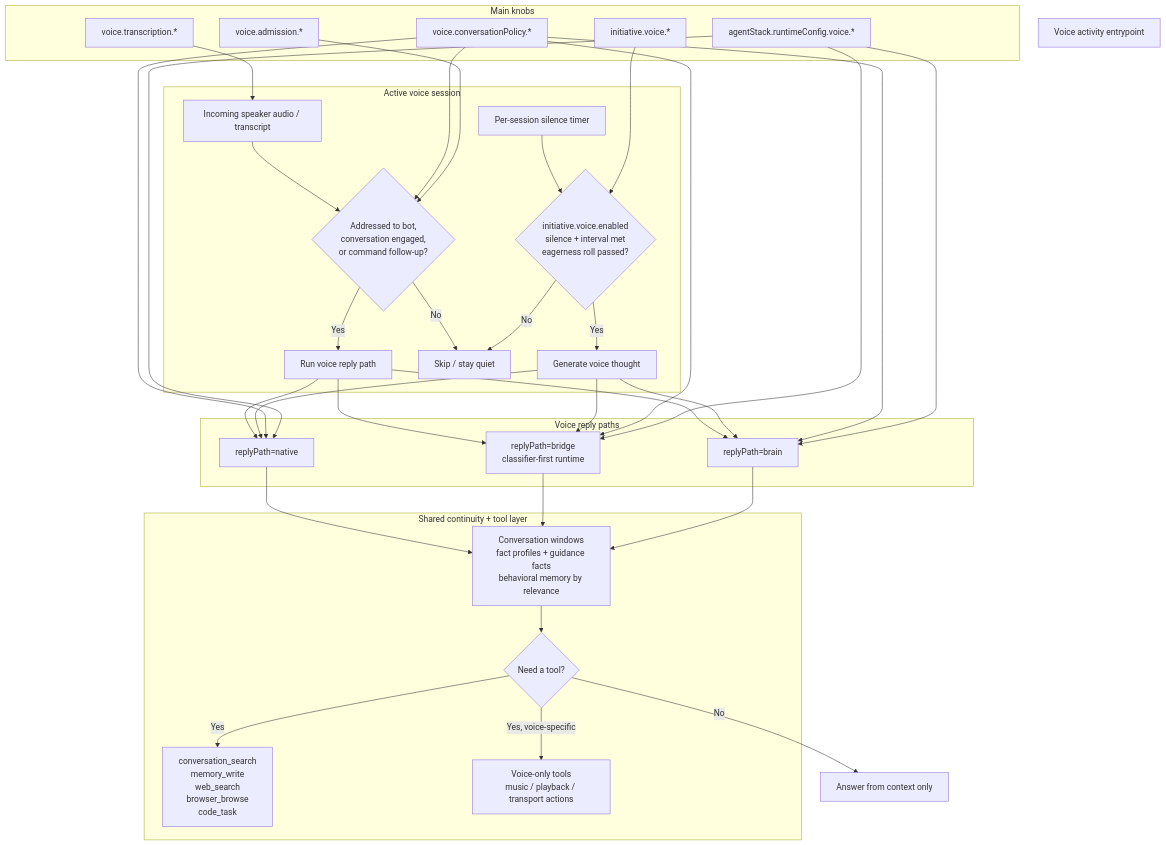
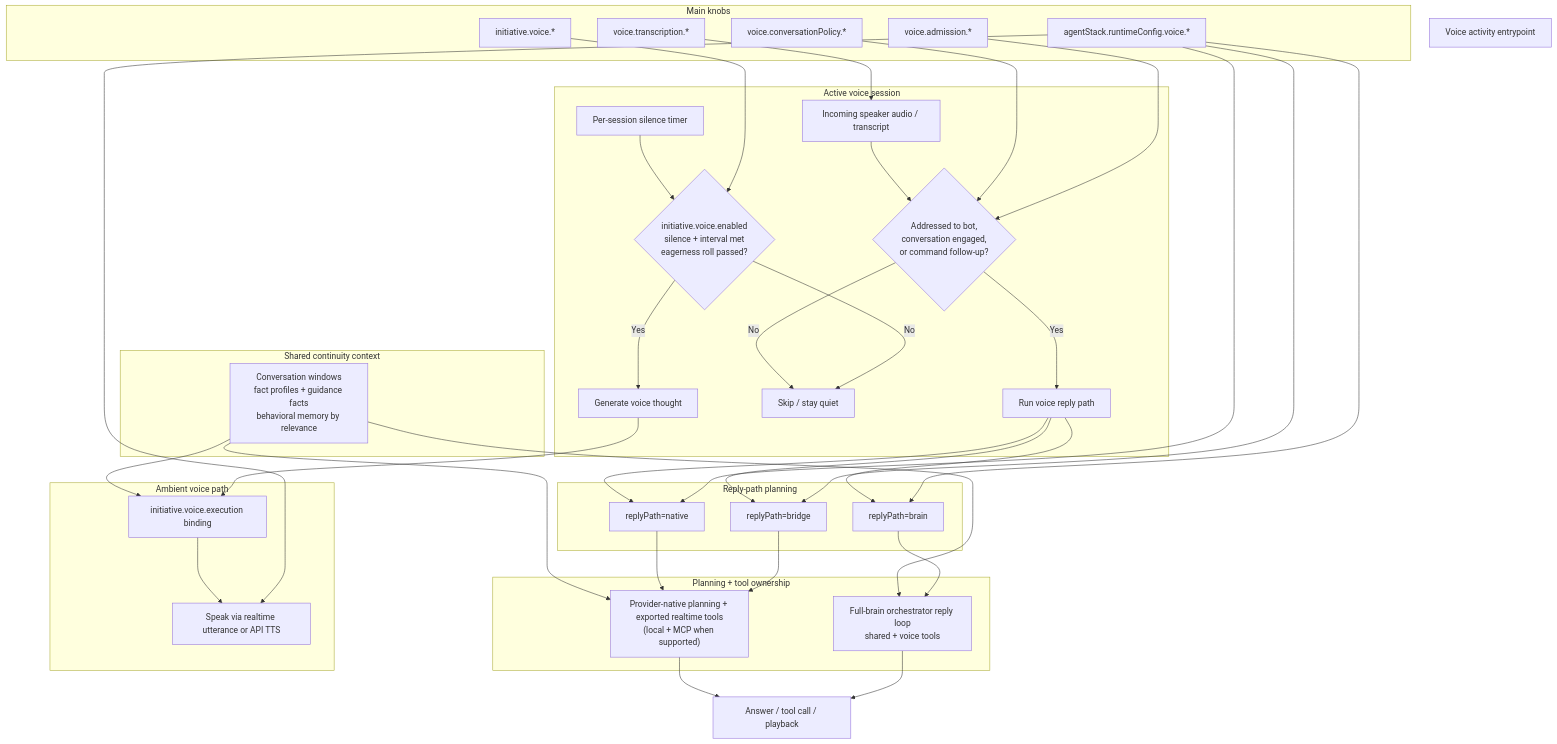
Before and after one commit to Volpestyle/clanker_conk: the diagram in docs/diagrams/clanker-voice-and-tools.mmd, drawn with Mermaid. The commit also changed 76 other files, not shown here.

First line of the commit message:
feat: improve voice interruptions and browser runtime routing

```diff
--- a/docs/diagrams/clanker-voice-and-tools.mmd
+++ b/docs/diagrams/clanker-voice-and-tools.mmd
@@ -1,68 +1,75 @@
 flowchart TD
     Start["Voice activity entrypoint"]
 
     subgraph Session["Active voice session"]
         Audio["Incoming speaker audio / transcript"]
         TurnDecision{"Addressed to bot,\nconversation engaged,\nor command follow-up?"}
         VoiceReply["Run voice reply path"]
         Skip["Skip / stay quiet"]
         ThoughtTimer["Per-session silence timer"]
         ThoughtEligible{"initiative.voice.enabled\nsilence + interval met\neagerness roll passed?"}
         VoiceThought["Generate voice thought"]
     end
 
-    subgraph Modes["Voice reply paths"]
+    subgraph Modes["Reply-path planning"]
         Native["replyPath=native"]
-        Bridge["replyPath=bridge\nclassifier-first runtime"]
+        Bridge["replyPath=bridge"]
         Brain["replyPath=brain"]
     end
 
-    subgraph SharedBrain["Shared continuity + tool layer"]
+    subgraph Context["Shared continuity context"]
         Continuity["Conversation windows\nfact profiles + guidance facts\nbehavioral memory by relevance"]
-        ToolChoice{"Need a tool?"}
-        SharedTools["conversation_search\nmemory_write\nweb_search\nbrowser_browse\ncode_task"]
-        VoiceOnly["Voice-only tools\nmusic / playback / transport actions"]
+    end
+
+    subgraph Tooling["Planning + tool ownership"]
+        ProviderNative["Provider-native planning + exported realtime tools\n(local + MCP when supported)"]
+        Orchestrator["Full-brain orchestrator reply loop\nshared + voice tools"]
+    end
+
+    subgraph ThoughtPath["Ambient voice path"]
+        ThoughtBinding["initiative.voice.execution binding"]
+        ThoughtOutput["Speak via realtime utterance or API TTS"]
     end
 
     subgraph Controls["Main knobs"]
         Conversation["voice.conversationPolicy.*"]
         Admission["voice.admission.*"]
         Transcription["voice.transcription.*"]
         Runtime["agentStack.runtimeConfig.voice.*"]
         ThoughtKnobs["initiative.voice.*"]
     end
 
     Audio --> TurnDecision
     TurnDecision -->|No| Skip
     TurnDecision -->|Yes| VoiceReply
 
     ThoughtTimer --> ThoughtEligible
     ThoughtEligible -->|No| Skip
     ThoughtEligible -->|Yes| VoiceThought
 
     VoiceReply --> Native
     VoiceReply --> Bridge
     VoiceReply --> Brain
-    VoiceThought --> Native
-    VoiceThought --> Bridge
-    VoiceThought --> Brain
 
-    Native --> Continuity
-    Bridge --> Continuity
-    Brain --> Continuity
+    Continuity --> ProviderNative
+    Continuity --> Orchestrator
+    Continuity --> ThoughtBinding
 
-    Continuity --> ToolChoice
-    ToolChoice -->|No| Output["Answer from context only"]
-    ToolChoice -->|Yes| SharedTools
-    ToolChoice -->|Yes, voice-specific| VoiceOnly
+    Native --> ProviderNative
+    Bridge --> ProviderNative
+    Brain --> Orchestrator
+
+    ProviderNative --> Output["Answer / tool call / playback"]
+    Orchestrator --> Output
+
+    VoiceThought --> ThoughtBinding
+    ThoughtBinding --> ThoughtOutput
 
     Conversation --> TurnDecision
-    Conversation --> Native
-    Conversation --> Bridge
-    Conversation --> Brain
     Admission --> TurnDecision
     Transcription --> Audio
     Runtime --> Native
     Runtime --> Bridge
     Runtime --> Brain
+    Runtime --> ThoughtOutput
     ThoughtKnobs --> ThoughtEligible
```
